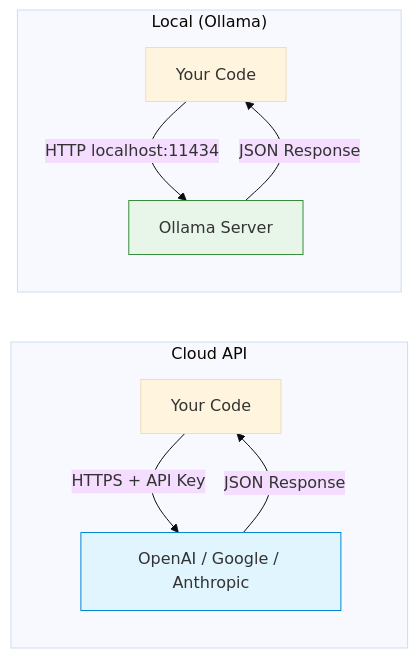
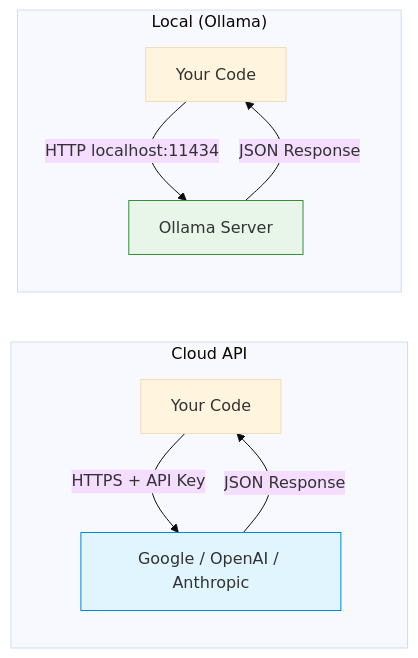
Before and after one commit to MIRAE-Laboratory/UST_Lecture_AgenticAI: the third of 3 diagrams in week_02.md, drawn with Mermaid (base theme). The commit also changed other lines of this file and 26 other files, not shown here.

````diff
--- a/week_02.md
+++ b/week_02.md
@@ -318,13 +423,13 @@
 ```mermaid
 graph LR
     subgraph "Cloud API"
-        A1["Your Code"] -->|HTTPS + API Key| B1["OpenAI / Google / Anthropic"]
+        A1["Your Code"] -->|HTTPS + API Key| B1["Google / OpenAI / Anthropic"]
         B1 -->|JSON Response| A1
     end
     subgraph "Local (Ollama)"
         A2["Your Code"] -->|HTTP localhost:11434| B2["Ollama Server"]
         B2 -->|JSON Response| A2
     end
     style B1 fill:#e1f5fe,stroke:#0288d1
     style B2 fill:#e8f5e9,stroke:#388e3c
 ```
````
